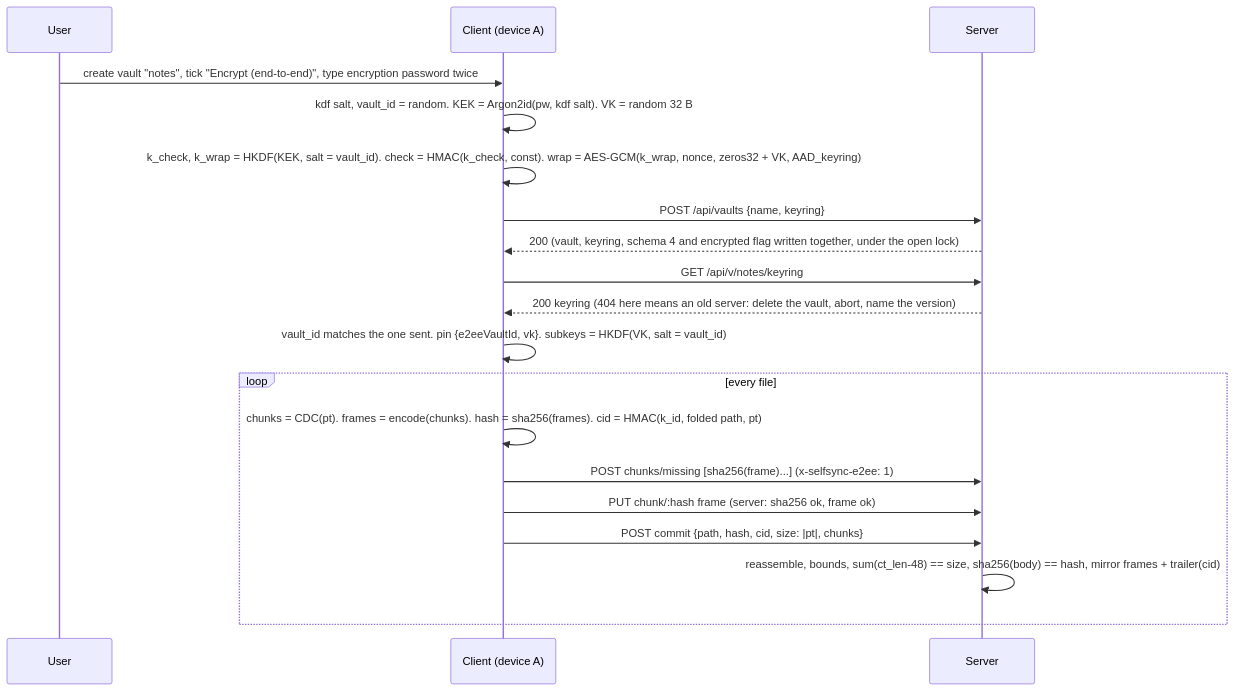
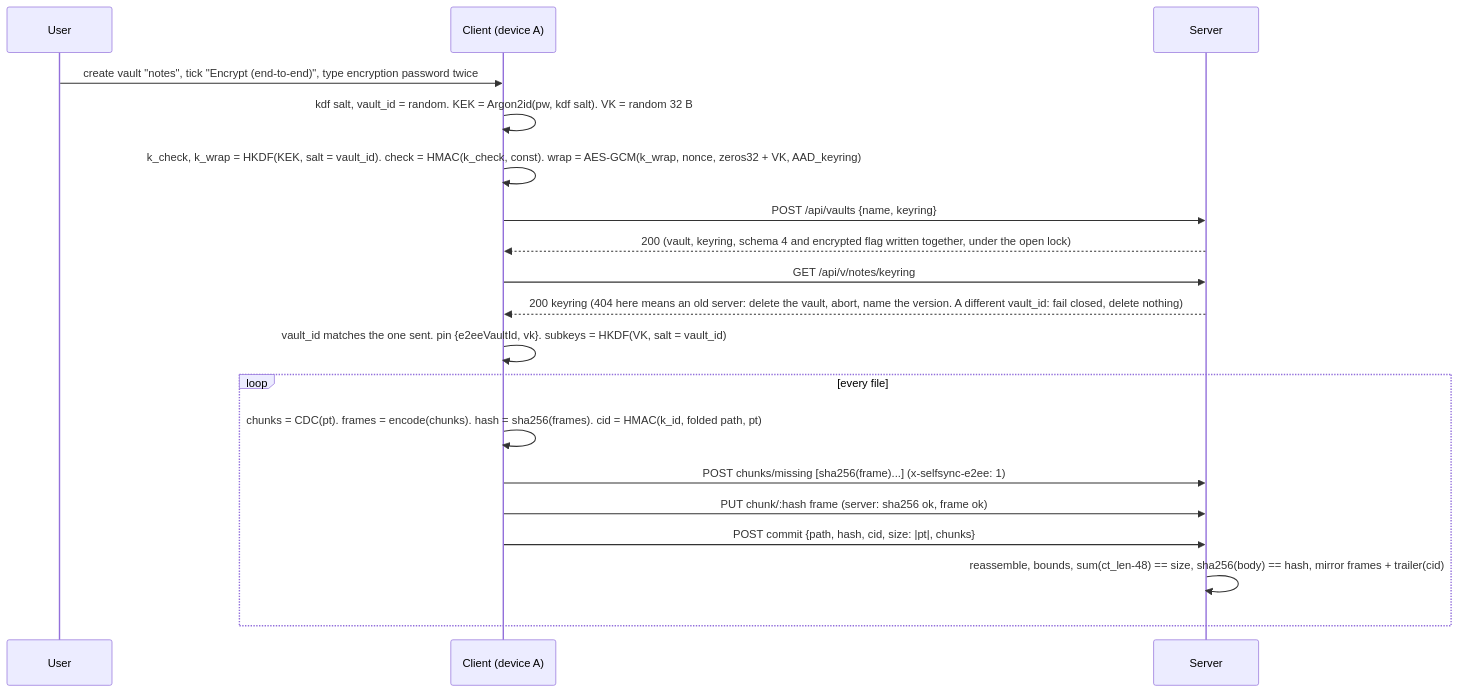
Before and after one commit to williamweatherholtz/obsidian-selfsync: the second of 4 diagrams in docs/design/specs/2026-11-10-e2ee-design.md, drawn with Mermaid. The commit also changed other lines of this file and 7 other files, not shown here.

````diff
--- a/docs/design/specs/2026-11-10-e2ee-design.md
+++ b/docs/design/specs/2026-11-10-e2ee-design.md
@@ -569,21 +588,21 @@
 ```mermaid
 sequenceDiagram
     participant U as User
     participant C as Client (device A)
     participant S as Server
     U->>C: create vault "notes", tick "Encrypt (end-to-end)", type encryption password twice
     C->>C: kdf salt, vault_id = random. KEK = Argon2id(pw, kdf salt). VK = random 32 B
     C->>C: k_check, k_wrap = HKDF(KEK, salt = vault_id). check = HMAC(k_check, const). wrap = AES-GCM(k_wrap, nonce, zeros32 + VK, AAD_keyring)
     C->>S: POST /api/vaults {name, keyring}
     S-->>C: 200 (vault, keyring, schema 4 and encrypted flag written together, under the open lock)
     C->>S: GET /api/v/notes/keyring
-    S-->>C: 200 keyring (404 here means an old server: delete the vault, abort, name the version)
+    S-->>C: 200 keyring (404 here means an old server: delete the vault, abort, name the version. A different vault_id: fail closed, delete nothing)
     C->>C: vault_id matches the one sent. pin {e2eeVaultId, vk}. subkeys = HKDF(VK, salt = vault_id)
     loop every file
         C->>C: chunks = CDC(pt). frames = encode(chunks). hash = sha256(frames). cid = HMAC(k_id, folded path, pt)
         C->>S: POST chunks/missing [sha256(frame)...]   (x-selfsync-e2ee: 1)
         C->>S: PUT chunk/:hash frame  (server: sha256 ok, frame ok)
         C->>S: POST commit {path, hash, cid, size: |pt|, chunks}
         S->>S: reassemble, bounds, sum(ct_len-48) == size, sha256(body) == hash, mirror frames + trailer(cid)
     end
 ```
````
